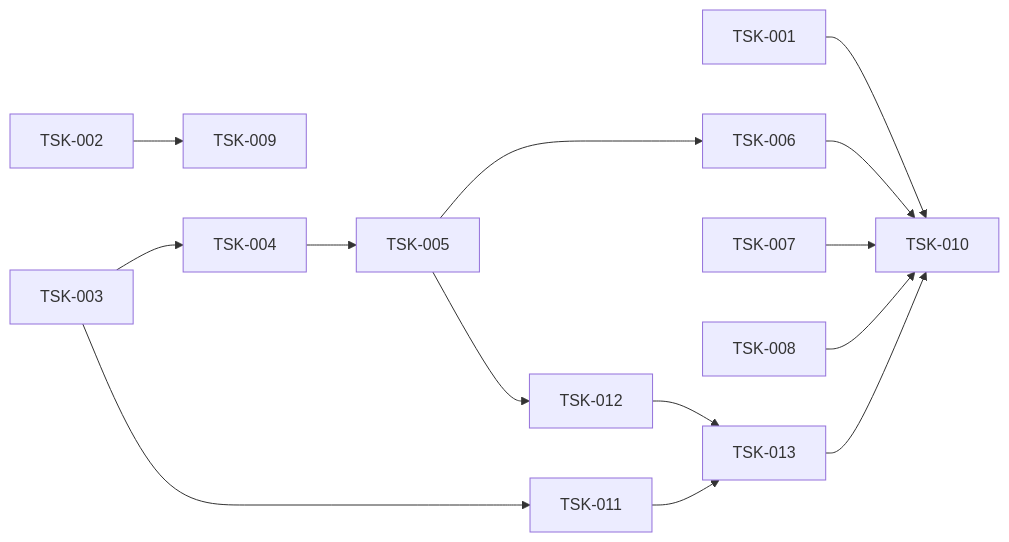
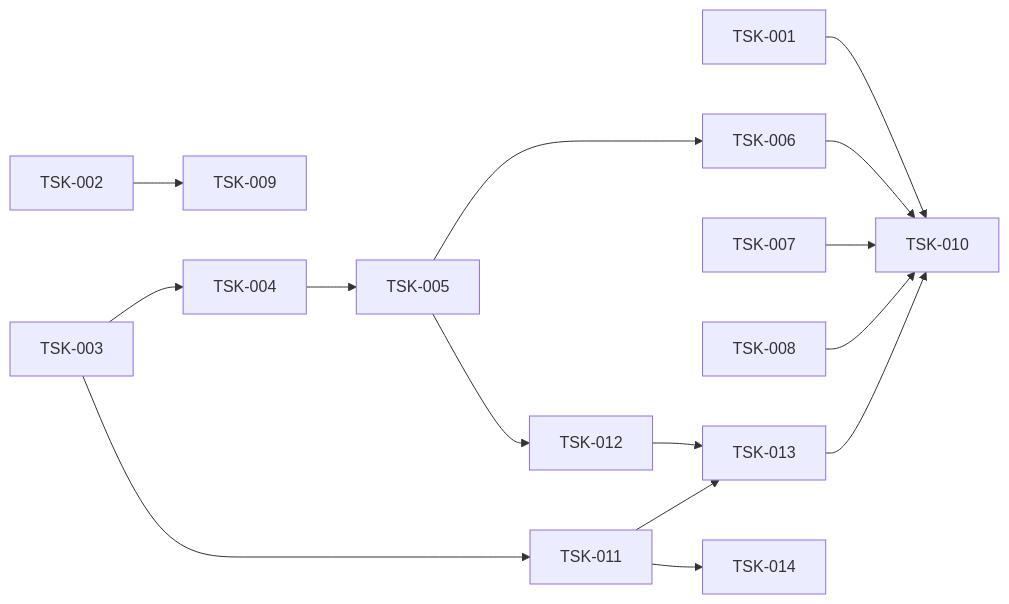
One commit to Rethinger/2papi changed the diagram in .kiro/specs/benchmark-integrity/tasks.md. Above: the diagram before and after it, drawn with Mermaid. The commit also changed other lines of this file and 6 other files, not shown here.

````diff
--- a/.kiro/specs/benchmark-integrity/tasks.md
+++ b/.kiro/specs/benchmark-integrity/tasks.md
@@ -84,10 +89,11 @@
 ```mermaid
 graph LR
     T1[TSK-001] --> T10[TSK-010]
     T2[TSK-002] --> T9[TSK-009]
     T3[TSK-003] --> T4[TSK-004] --> T5[TSK-005] --> T6[TSK-006] --> T10
     T7[TSK-007] --> T10
     T8[TSK-008] --> T10
     T3 --> T11[TSK-011] --> T13[TSK-013] --> T10
     T5 --> T12[TSK-012] --> T13
+    T11 --> T14[TSK-014]
 ```
````
